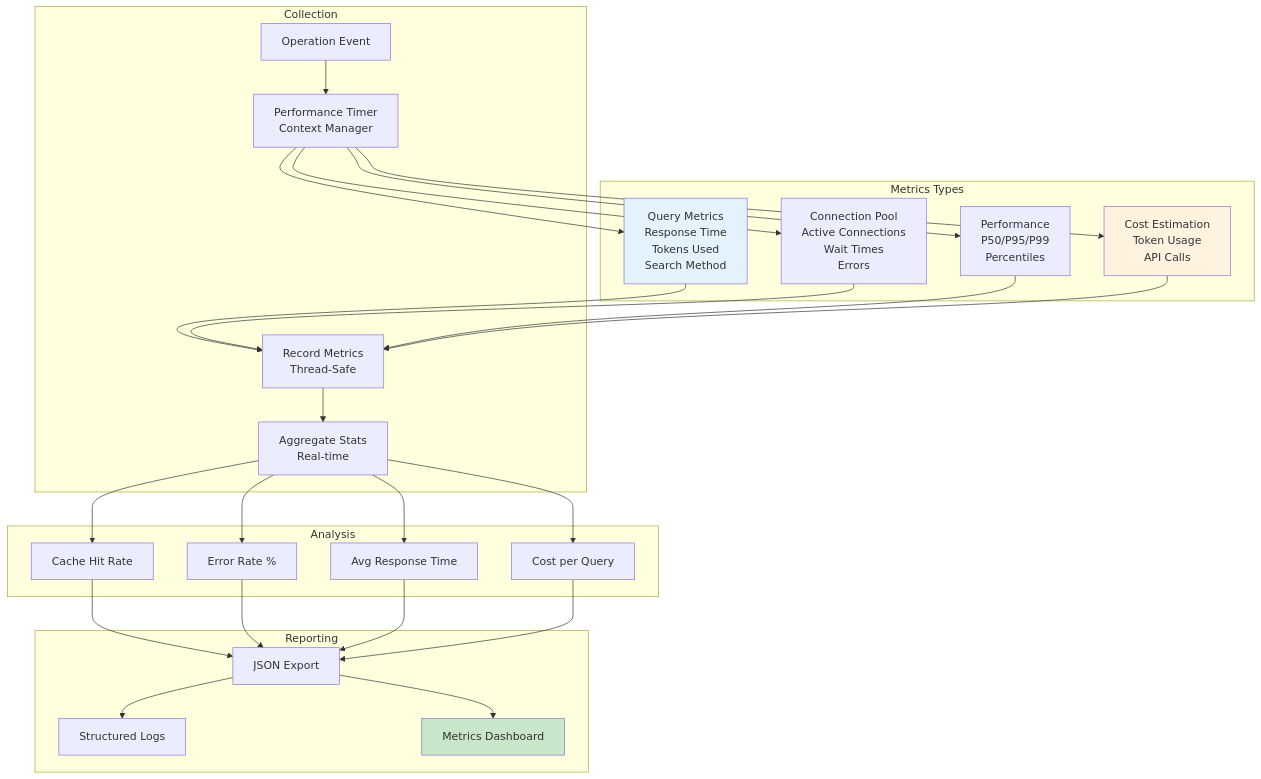
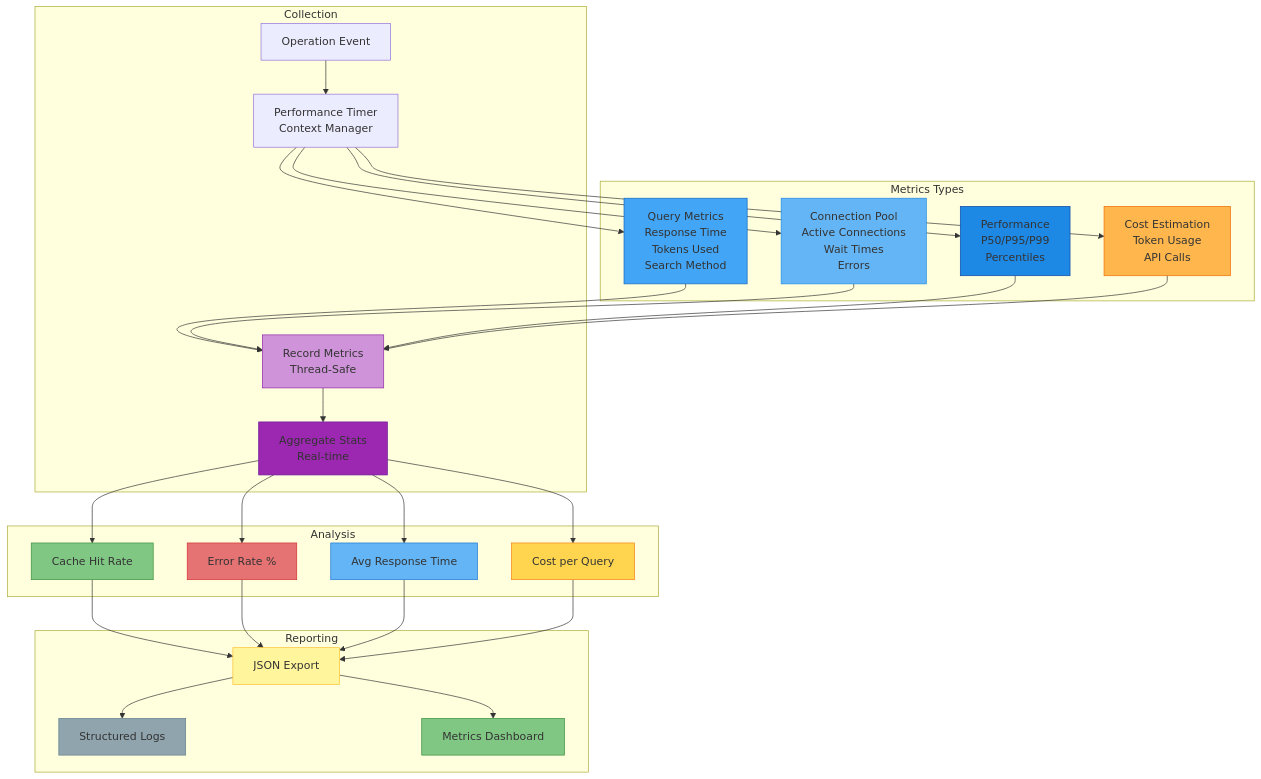
The eighth of 12 diagrams in README.md (kanugurajesh/Architecture), drawn with Mermaid before and after one commit. The commit also changed other lines of this file, not shown here.

````diff
--- a/README.md
+++ b/README.md
@@ -409,59 +449,70 @@
 ```mermaid
   graph TB
       subgraph "Metrics Types"
           QM[Query Metrics<br/>Response Time<br/>Tokens Used<br/>Search Method]
           CM[Connection Pool<br/>Active Connections<br/>Wait Times<br/>Errors]
           PM[Performance<br/>P50/P95/P99<br/>Percentiles]
           Cost[Cost Estimation<br/>Token Usage<br/>API Calls]
       end
 
       subgraph "Collection"
           Event[Operation Event]
           Timer[Performance Timer<br/>Context Manager]
           Record[Record Metrics<br/>Thread-Safe]
           Aggregate[Aggregate Stats<br/>Real-time]
       end
 
       subgraph "Analysis"
           HitRate[Cache Hit Rate]
           ErrorRate[Error Rate %]
           AvgTime[Avg Response Time]
           TokenCost[Cost per Query]
       end
 
       subgraph "Reporting"
           JSON[JSON Export]
           Logs[Structured Logs]
           Dashboard[Metrics Dashboard]
       end
 
       Event --> Timer
       Timer --> QM
       Timer --> CM
       Timer --> PM
       Timer --> Cost
 
       QM --> Record
       CM --> Record
       PM --> Record
       Cost --> Record
 
       Record --> Aggregate
 
       Aggregate --> HitRate
       Aggregate --> ErrorRate
       Aggregate --> AvgTime
       Aggregate --> TokenCost
 
       HitRate --> JSON
       ErrorRate --> JSON
       AvgTime --> JSON
       TokenCost --> JSON
 
       JSON --> Logs
       JSON --> Dashboard
 
-      style QM fill:#e3f2fd
-      style Cost fill:#fff3e0
-      style Dashboard fill:#c8e6c9
+      %% Improved color contrast
+      style QM fill:#42A5F5,fontColor:#ffffff,stroke:#1565C0
+      style CM fill:#64B5F6,fontColor:#000000,stroke:#1E88E5
+      style PM fill:#1E88E5,fontColor:#ffffff,stroke:#0D47A1
+      style Cost fill:#FFB74D,fontColor:#000000,stroke:#EF6C00
+      style Record fill:#CE93D8,fontColor:#000000,stroke:#8E24AA
+      style Aggregate fill:#9C27B0,fontColor:#ffffff,stroke:#6A1B9A
+      style HitRate fill:#81C784,fontColor:#ffffff,stroke:#388E3C
+      style ErrorRate fill:#E57373,fontColor:#ffffff,stroke:#D32F2F
+      style AvgTime fill:#64B5F6,fontColor:#000000,stroke:#1976D2
+      style TokenCost fill:#FFD54F,fontColor:#000000,stroke:#F57F17
+      style JSON fill:#FFF59D,fontColor:#000000,stroke:#FBC02D
+      style Logs fill:#90A4AE,fontColor:#ffffff,stroke:#607D8B
+      style Dashboard fill:#81C784,fontColor:#ffffff,stroke:#388E3C
 ```
````
